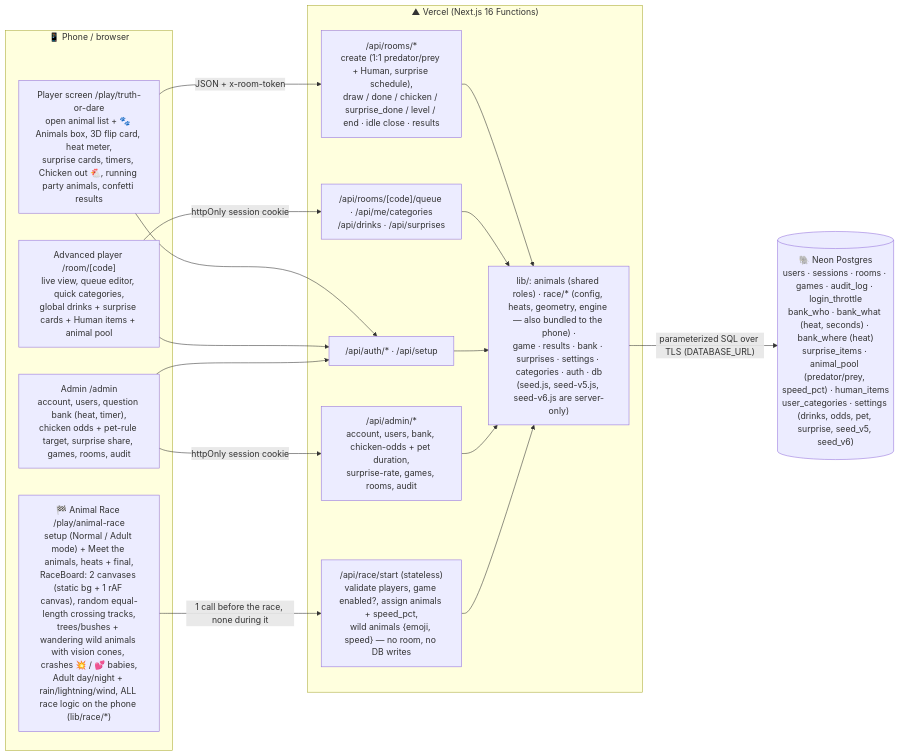
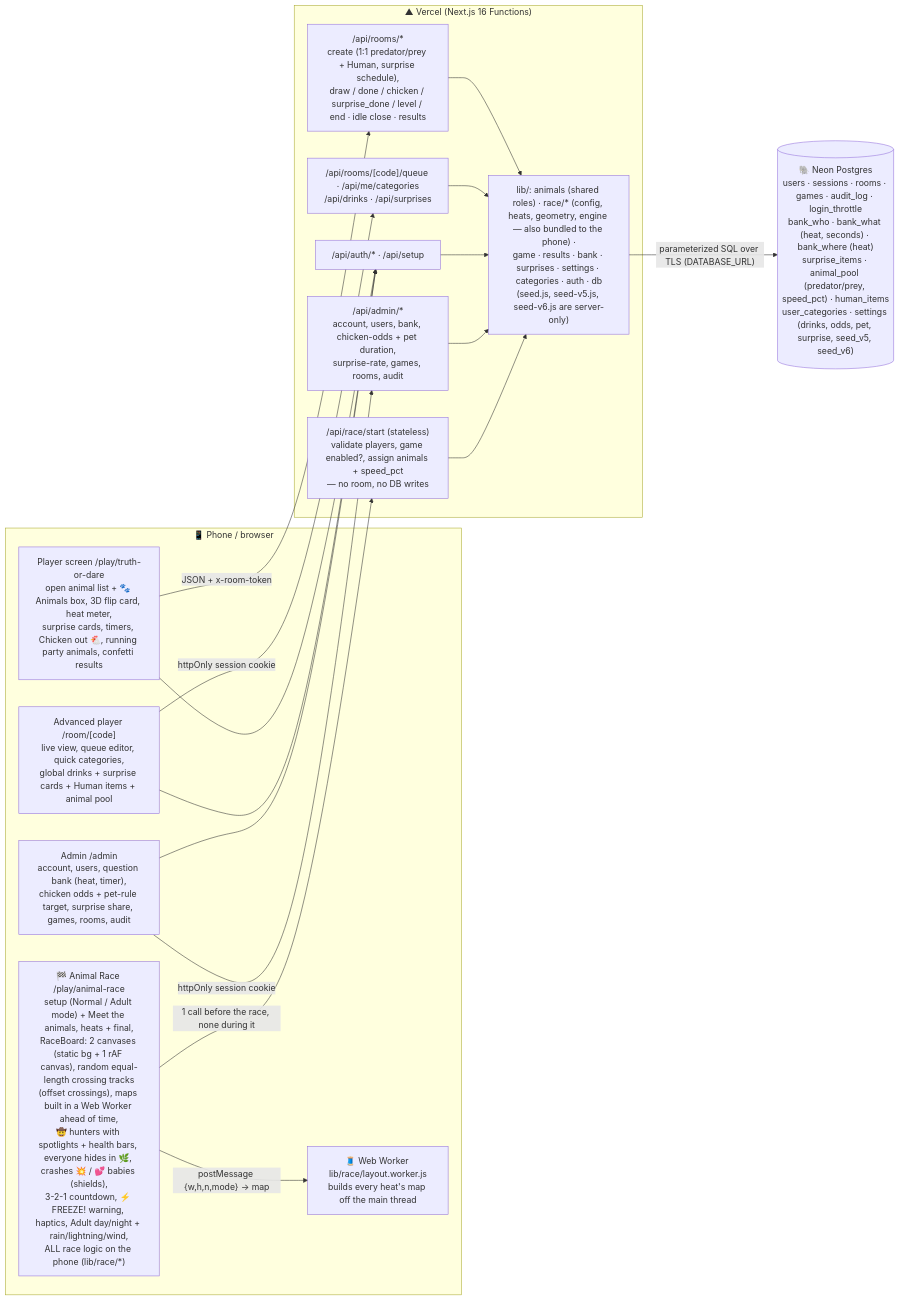
Before and after one commit to chanhinterai-max/party-games: the first of 2 diagrams in ARCHITECTURE.md, drawn with Mermaid. The commit also changed other lines of this file and 14 other files, not shown here.

````diff
--- a/ARCHITECTURE.md
+++ b/ARCHITECTURE.md
@@ -7,25 +7,27 @@
 ```mermaid
 flowchart LR
   subgraph Browser["📱 Phone / browser"]
     P["Player screen /play/truth-or-dare<br/>open animal list + 🐾 Animals box, 3D flip card, heat meter,<br/>surprise cards, timers, Chicken out 🐔, running party animals, confetti results"]
     A["Advanced player /room/[code]<br/>live view, queue editor, quick categories,<br/>global drinks + surprise cards + Human items + animal pool"]
-    RC["🏁 Animal Race /play/animal-race<br/>setup (Normal / Adult mode) + Meet the animals, heats + final,<br/>RaceBoard: 2 canvases (static bg + 1 rAF canvas), random equal-length crossing tracks,<br/>trees/bushes + wandering wild animals with vision cones, crashes 💥 / 💕 babies,<br/>Adult day/night + rain/lightning/wind, ALL race logic on the phone (lib/race/*)"]
+    RC["🏁 Animal Race /play/animal-race<br/>setup (Normal / Adult mode) + Meet the animals, heats + final,<br/>RaceBoard: 2 canvases (static bg + 1 rAF canvas), random equal-length crossing tracks<br/>(offset crossings), maps built in a Web Worker ahead of time,<br/>🤠 hunters with spotlights + health bars, everyone hides in 🌿, crashes 💥 / 💕 babies (shields),<br/>3-2-1 countdown, ⚡ FREEZE! warning, haptics, Adult day/night + rain/lightning/wind,<br/>ALL race logic on the phone (lib/race/*)"]
+    WK["🧵 Web Worker lib/race/layout.worker.js<br/>builds every heat's map off the main thread"]
     D["Admin /admin<br/>account, users, question bank (heat, timer),<br/>chicken odds + pet-rule target, surprise share, games, rooms, audit"]
   end
   subgraph Vercel["▲ Vercel (Next.js 16 Functions)"]
     R1["/api/rooms/*<br/>create (1:1 predator/prey + Human, surprise schedule),<br/>draw / done / chicken / surprise_done / level / end · idle close · results"]
     R2["/api/rooms/[code]/queue · /api/me/categories<br/>/api/drinks · /api/surprises"]
     R3["/api/auth/* · /api/setup"]
-    R5["/api/race/start (stateless)<br/>validate players, game enabled?, assign animals + speed_pct,<br/>wild animals {emoji, speed} — no room, no DB writes"]
+    R5["/api/race/start (stateless)<br/>validate players, game enabled?, assign animals + speed_pct<br/>— no room, no DB writes"]
     R4["/api/admin/*<br/>account, users, bank, chicken-odds + pet duration,<br/>surprise-rate, games, rooms, audit"]
     L["lib/: animals (shared roles) · race/* (config, heats, geometry, engine — also bundled to the phone) ·<br/>game · results · bank · surprises · settings · categories · auth · db<br/>(seed.js, seed-v5.js, seed-v6.js are server-only)"]
   end
   DB[("🐘 Neon Postgres<br/>users · sessions · rooms · games · audit_log · login_throttle<br/>bank_who · bank_what (heat, seconds) · bank_where (heat)<br/>surprise_items · animal_pool (predator/prey, speed_pct) · human_items<br/>user_categories · settings (drinks, odds, pet, surprise, seed_v5, seed_v6)")]
   P -- "JSON + x-room-token" --> R1
   A -- "httpOnly session cookie" --> R2
   D -- "httpOnly session cookie" --> R4
   RC -- "1 call before the race, none during it" --> R5
+  RC -- "postMessage {w,h,n,mode} → map" --> WK
   P & A & D --> R3
   R1 & R2 & R3 & R4 & R5 --> L
   L -- "parameterized SQL over TLS (DATABASE_URL)" --> DB
 ```
````
